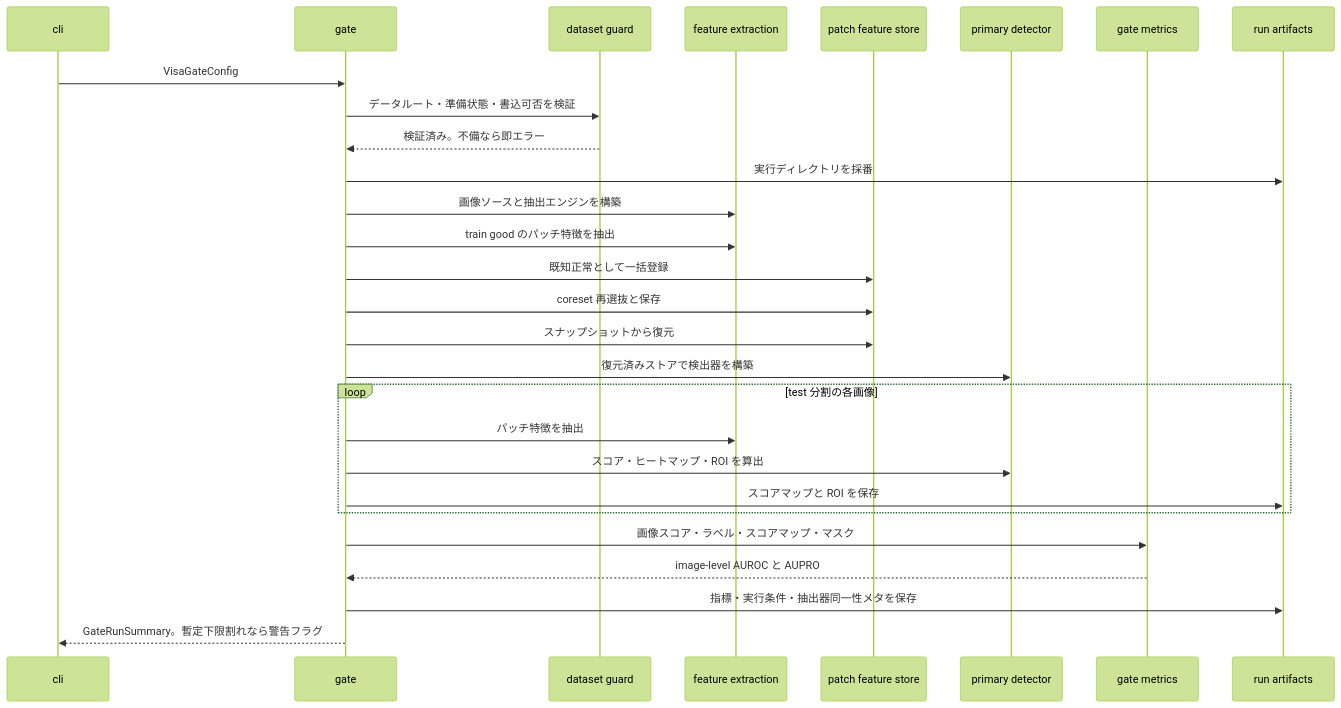
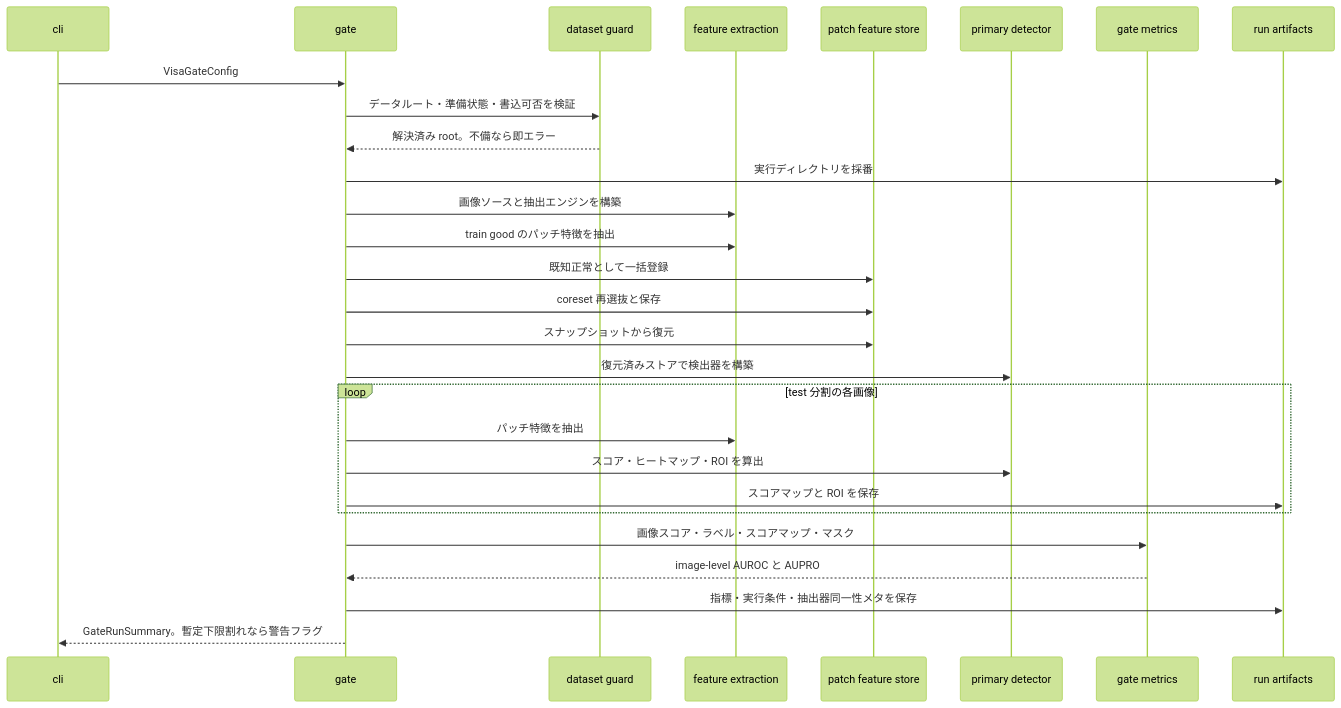
Before and after one commit to BFAI-Semicon/Go-Tech_1-3_SSL_Anomaly_Detection: the third of 3 diagrams in .kiro/specs/primary-anomaly-detection/design.md, drawn with Mermaid (forest theme). The commit also changed other lines of this file and 2 other files, not shown here.

````diff
--- a/.kiro/specs/primary-anomaly-detection/design.md
+++ b/.kiro/specs/primary-anomaly-detection/design.md
@@ -347,31 +383,31 @@
 ```mermaid
 sequenceDiagram
     participant Cli as cli
     participant Gate as gate
     participant Guard as dataset guard
     participant Ext as feature extraction
     participant Store as patch feature store
     participant Det as primary detector
     participant Met as gate metrics
     participant Art as run artifacts
 
     Cli->>Gate: VisaGateConfig
     Gate->>Guard: データルート・準備状態・書込可否を検証
-    Guard-->>Gate: 検証済み。不備なら即エラー
+    Guard-->>Gate: 解決済み root。不備なら即エラー
     Gate->>Art: 実行ディレクトリを採番
     Gate->>Ext: 画像ソースと抽出エンジンを構築
     Gate->>Ext: train good のパッチ特徴を抽出
     Gate->>Store: 既知正常として一括登録
     Gate->>Store: coreset 再選抜と保存
     Gate->>Store: スナップショットから復元
     Gate->>Det: 復元済みストアで検出器を構築
     loop test 分割の各画像
         Gate->>Ext: パッチ特徴を抽出
         Gate->>Det: スコア・ヒートマップ・ROI を算出
         Gate->>Art: スコアマップと ROI を保存
     end
     Gate->>Met: 画像スコア・ラベル・スコアマップ・マスク
     Met-->>Gate: image-level AUROC と AUPRO
     Gate->>Art: 指標・実行条件・抽出器同一性メタを保存
     Gate-->>Cli: GateRunSummary。暫定下限割れなら警告フラグ
 ```
````
